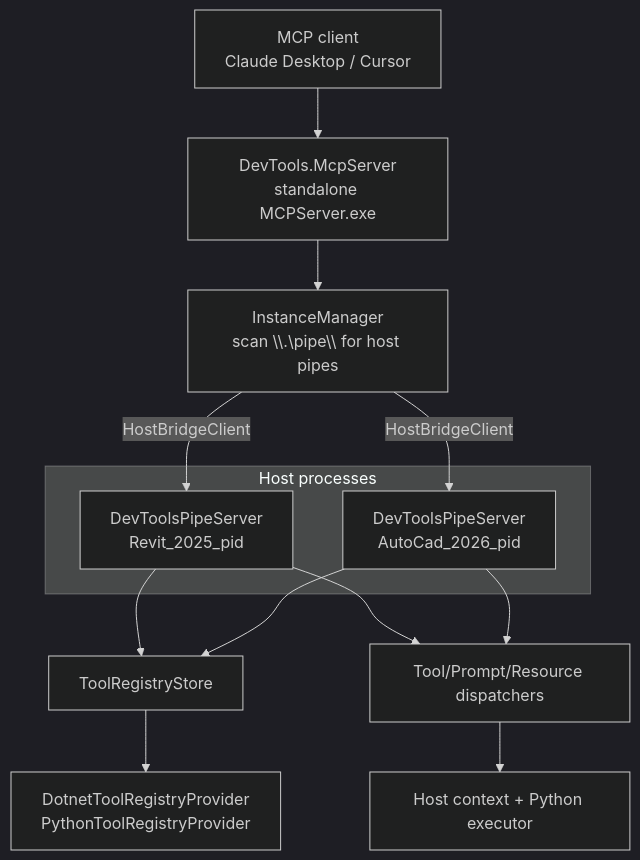
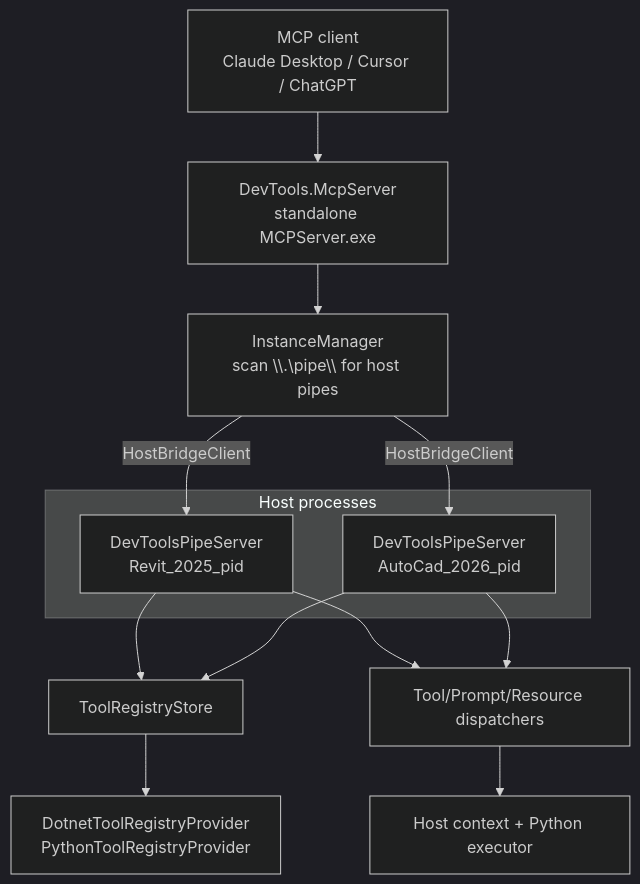
Before and after one commit to trgiangv/RevitDevTool: the third of 4 diagrams in docs/MCP/README.md, drawn with Mermaid (dark theme). The commit also changed other lines of this file and 7 other files, not shown here.

First line of the commit message:
feat(MCP): enhance server modes and transport capabilities

````diff
--- a/docs/MCP/README.md
+++ b/docs/MCP/README.md
@@ -26,27 +90,27 @@
 ```mermaid
 flowchart TB
-    Client["MCP client\nClaude Desktop / Cursor"]
-    Server["DevTools.McpServer\nstandalone MCPServer.exe"]
-    Discovery["InstanceManager\nscan \\.\pipe\\ for host pipes"]
+    Client["MCP client<br/>Claude Desktop / Cursor / ChatGPT"]
+    Server["DevTools.McpServer<br/>standalone MCPServer.exe"]
+    Discovery["InstanceManager<br/>scan \\.\pipe\\ for host pipes"]
 
     subgraph hosts["Host processes"]
-        RevitPipe["DevToolsPipeServer\nRevit_2025_pid"]
-        AcadPipe["DevToolsPipeServer\nAutoCad_2026_pid"]
+        RevitPipe["DevToolsPipeServer<br/>Revit_2025_pid"]
+        AcadPipe["DevToolsPipeServer<br/>AutoCad_2026_pid"]
     end
 
     Registry["ToolRegistryStore"]
-    Providers["DotnetToolRegistryProvider\nPythonToolRegistryProvider"]
+    Providers["DotnetToolRegistryProvider<br/>PythonToolRegistryProvider"]
     Dispatch["Tool/Prompt/Resource dispatchers"]
     Host["Host context + Python executor"]
 
     Client --> Server
     Server --> Discovery
     Discovery -->|"HostBridgeClient"| RevitPipe
     Discovery -->|"HostBridgeClient"| AcadPipe
     RevitPipe --> Registry
     AcadPipe --> Registry
     Registry --> Providers
     RevitPipe --> Dispatch
     AcadPipe --> Dispatch
     Dispatch --> Host
 ```
````
